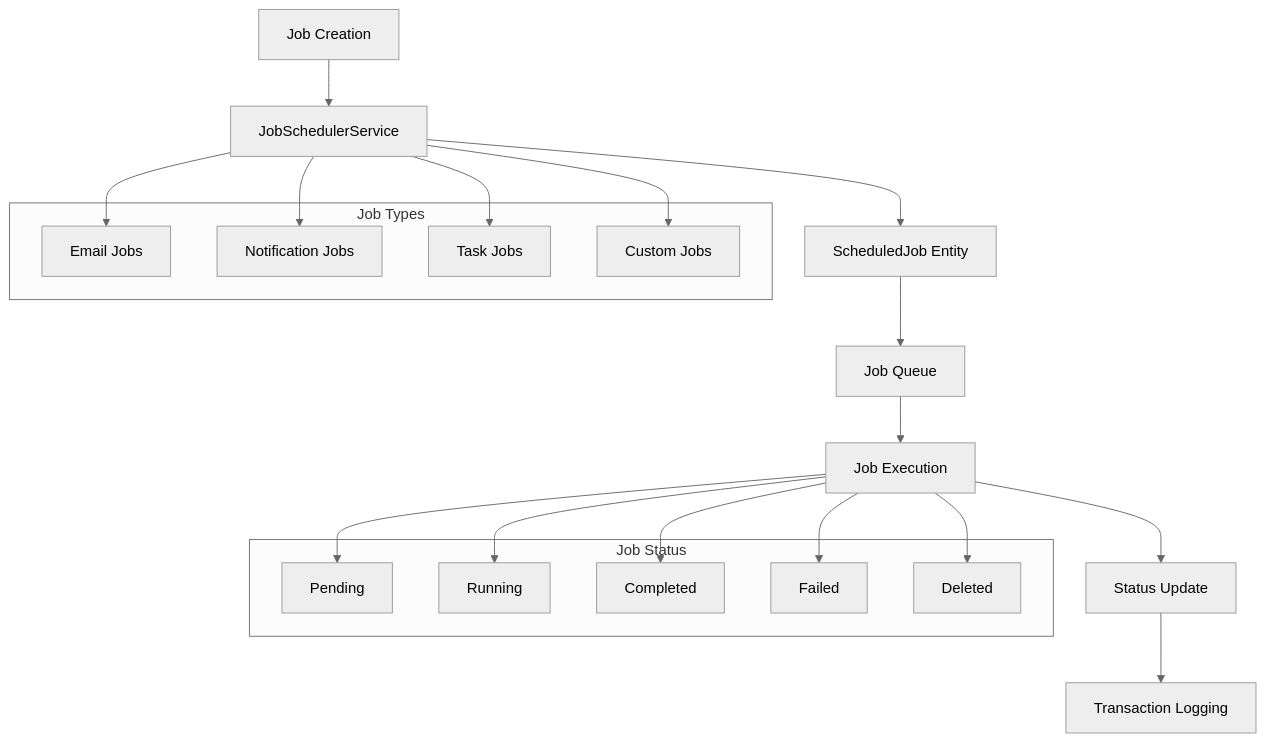
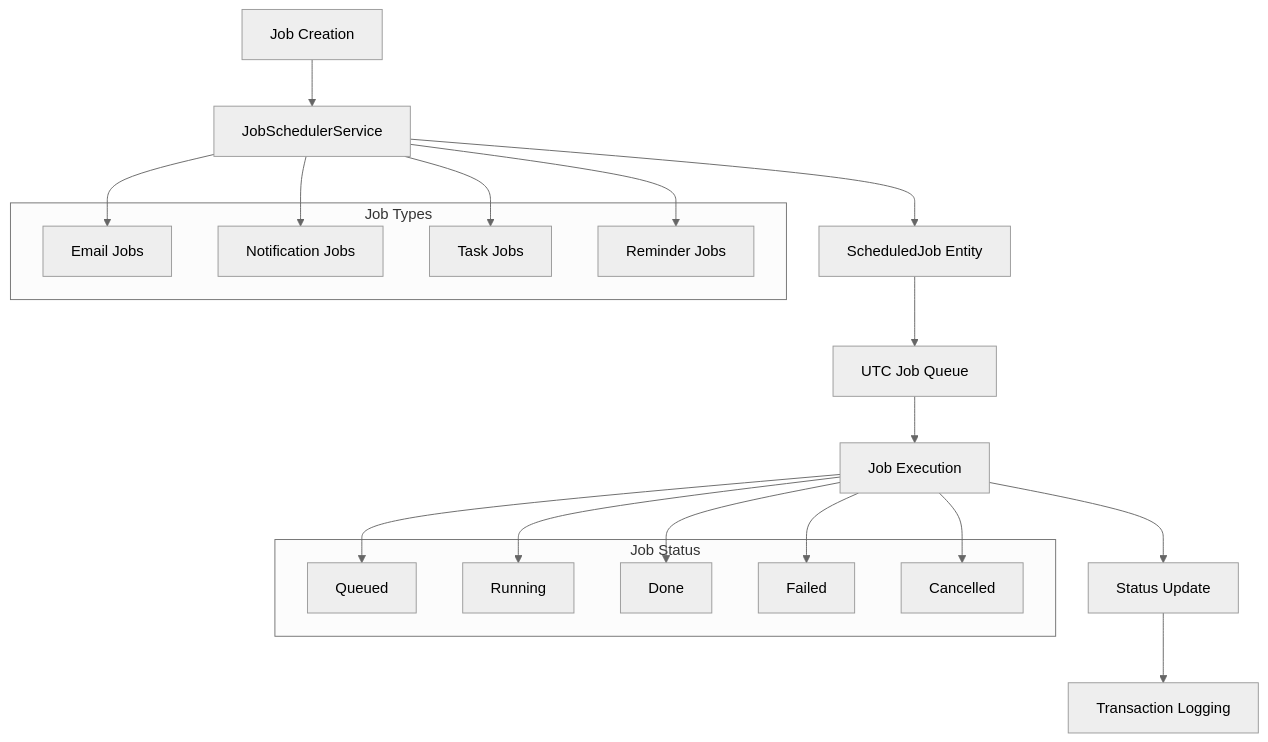
One commit to humdek-unibe-ch/sh-selfhelp_backend changed the first of 2 diagrams in docs/developer/11-scheduled-jobs.md. Above: the diagram before and after it, drawn with Mermaid (neutral theme). The commit also changed other lines of this file and 24 other files, not shown here.

````diff
--- a/docs/developer/11-scheduled-jobs.md
+++ b/docs/developer/11-scheduled-jobs.md
@@ -9,35 +9,35 @@
 ```mermaid
 graph TD
     A[Job Creation] --> B[JobSchedulerService]
     B --> C[ScheduledJob Entity]
-    C --> D[Job Queue]
+    C --> D[UTC Job Queue]
     D --> E[Job Execution]
     E --> F[Status Update]
     F --> G[Transaction Logging]
-    
+
     subgraph "Job Types"
         H[Email Jobs]
-        I[Notification Jobs]  
+        I[Notification Jobs]
         J[Task Jobs]
-        K[Custom Jobs]
+        K[Reminder Jobs]
     end
-    
+
     subgraph "Job Status"
-        L[Pending]
+        L[Queued]
         M[Running]
-        N[Completed]
+        N[Done]
         O[Failed]
-        P[Deleted]
+        P[Cancelled]
     end
-    
+
     B --> H
     B --> I
     B --> J
     B --> K
-    
+
     E --> L
     E --> M
     E --> N
     E --> O
     E --> P
 ```
````
